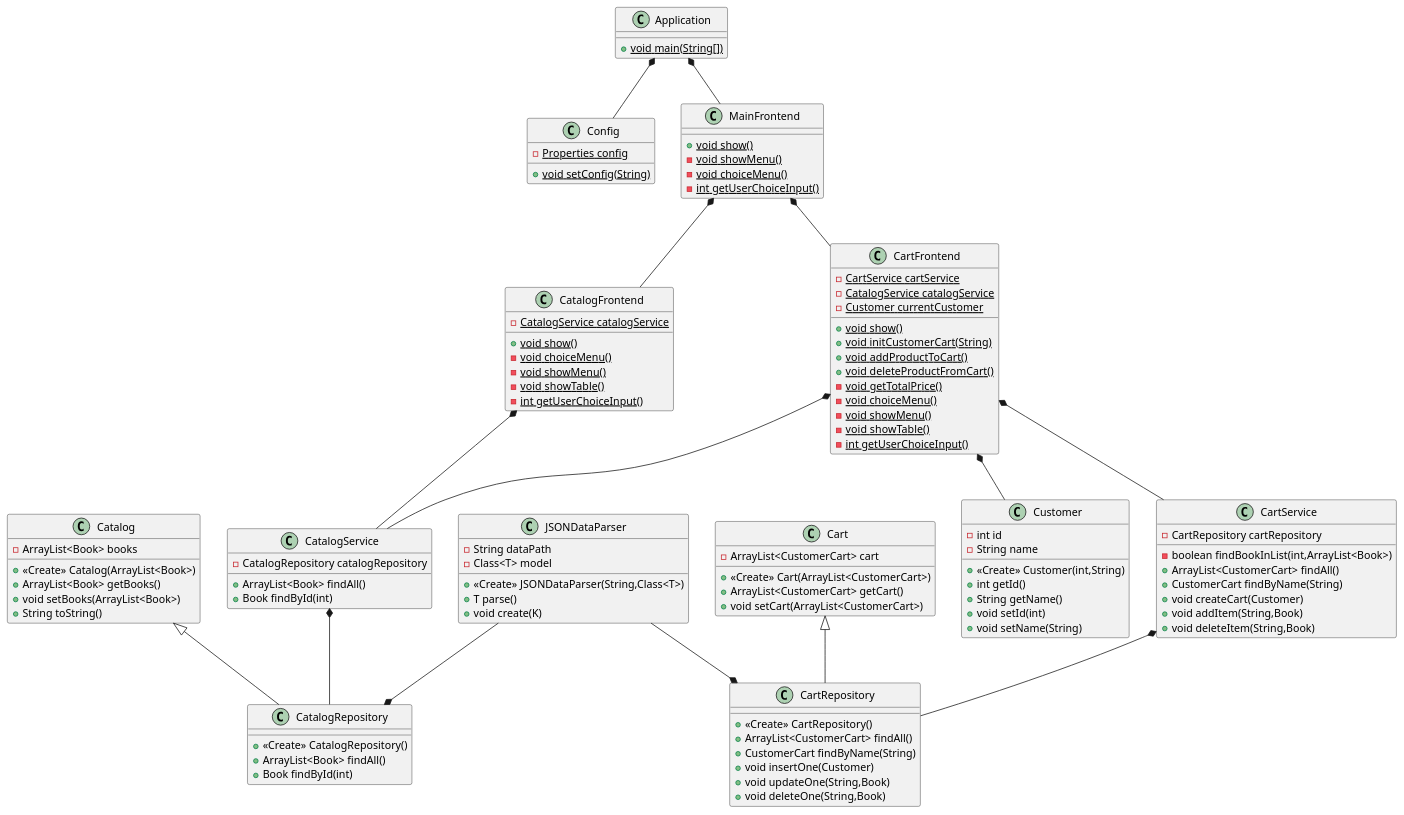
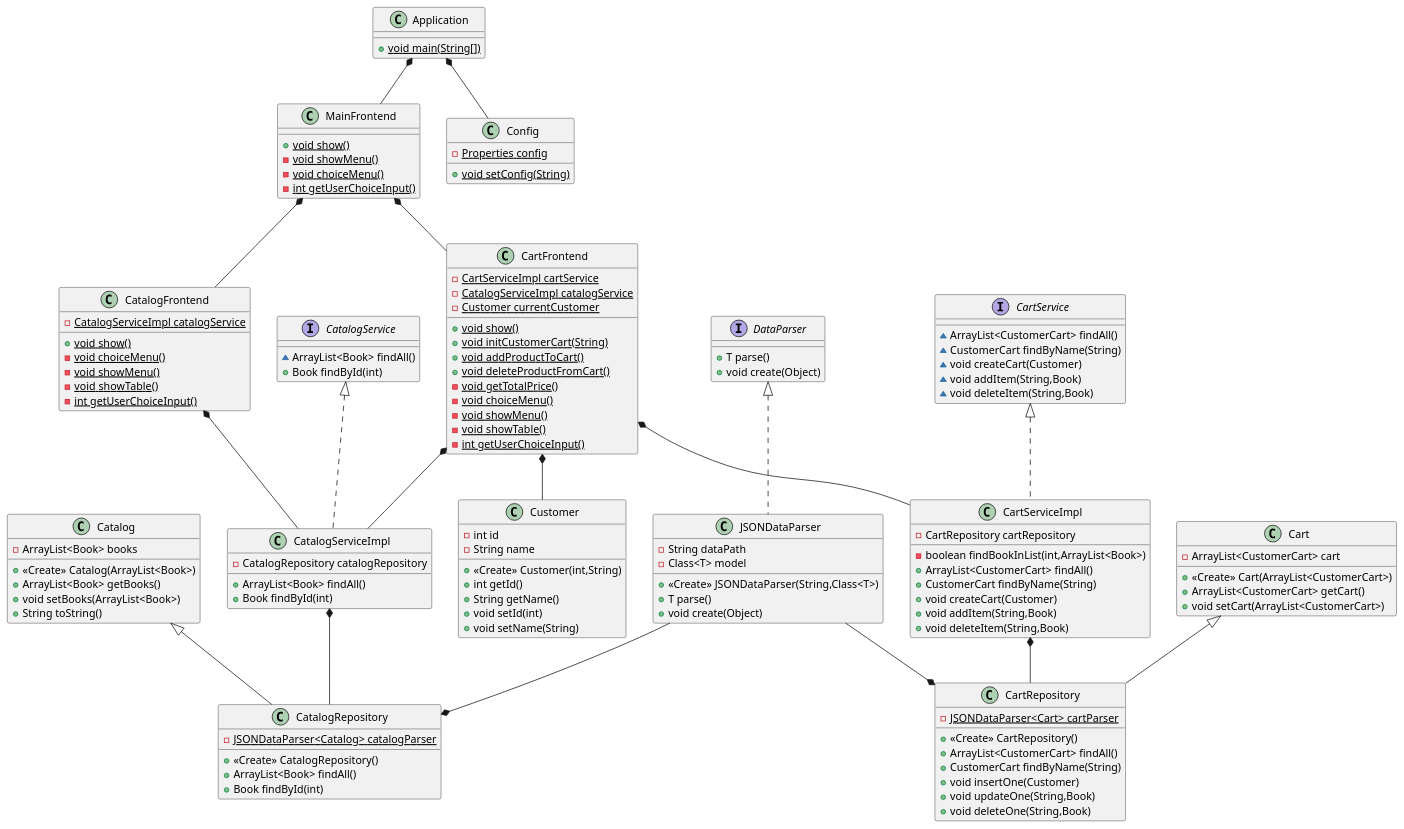
One commit to StudentRoman/java-course changed the diagram in week-9/diagram-app.puml. Above: the diagram before and after it, drawn with PlantUML. The commit also changed 12 other files, not shown here.

```diff
--- a/week-9/diagram-app.puml
+++ b/week-9/diagram-app.puml
@@ -1,114 +1,136 @@
 @startuml
 class Catalog {
 - ArrayList<Book> books
 + <<Create>> Catalog(ArrayList<Book>)
 + ArrayList<Book> getBooks()
 + void setBooks(ArrayList<Book>)
 + String toString()
 }
 class Cart {
 - ArrayList<CustomerCart> cart
 + <<Create>> Cart(ArrayList<CustomerCart>)
 + ArrayList<CustomerCart> getCart()
 + void setCart(ArrayList<CustomerCart>)
 }
 class Customer {
 - int id
 - String name
 + <<Create>> Customer(int,String)
 + int getId()
 + String getName()
 + void setId(int)
 + void setName(String)
 }
 class Config {
 - {static} Properties config
 + {static} void setConfig(String)
 }
-class JSONDataParser {
-- String dataPath
-- Class<T> model
-+ <<Create>> JSONDataParser(String,Class<T>)
-+ T parse()
-+ void create(K)
-}
-class CatalogRepository {
-+ <<Create>> CatalogRepository()
-+ ArrayList<Book> findAll()
-+ Book findById(int)
-}
-class CatalogService {
-- CatalogRepository catalogRepository
-+ ArrayList<Book> findAll()
-+ Book findById(int)
-}
-class CartRepository {
-+ <<Create>> CartRepository()
-+ ArrayList<CustomerCart> findAll()
-+ CustomerCart findByName(String)
-+ void insertOne(Customer)
-+ void updateOne(String,Book)
-+ void deleteOne(String,Book)
-}
-class CartService {
+
+class CartServiceImpl {
 - CartRepository cartRepository
 - boolean findBookInList(int,ArrayList<Book>)
 + ArrayList<CustomerCart> findAll()
 + CustomerCart findByName(String)
 + void createCart(Customer)
 + void addItem(String,Book)
 + void deleteItem(String,Book)
 }
+class CartRepository {
+- {static} JSONDataParser<Cart> cartParser
++ <<Create>> CartRepository()
++ ArrayList<CustomerCart> findAll()
++ CustomerCart findByName(String)
++ void insertOne(Customer)
++ void updateOne(String,Book)
++ void deleteOne(String,Book)
+}
+interface CatalogService {
+~ ArrayList<Book> findAll()
++ Book findById(int)
+}
+interface CartService {
+~ ArrayList<CustomerCart> findAll()
+~ CustomerCart findByName(String)
+~ void createCart(Customer)
+~ void addItem(String,Book)
+~ void deleteItem(String,Book)
+}
+class CatalogRepository {
+- {static} JSONDataParser<Catalog> catalogParser
++ <<Create>> CatalogRepository()
++ ArrayList<Book> findAll()
++ Book findById(int)
+}
+class CatalogServiceImpl {
+- CatalogRepository catalogRepository
++ ArrayList<Book> findAll()
++ Book findById(int)
+}
 class CatalogFrontend {
-- {static} CatalogService catalogService
+- {static} CatalogServiceImpl catalogService
 + {static} void show()
 - {static} void choiceMenu()
 - {static} void showMenu()
 - {static} void showTable()
 - {static} int getUserChoiceInput()
 }
 class CartFrontend {
-- {static} CartService cartService
-- {static} CatalogService catalogService
+- {static} CartServiceImpl cartService
+- {static} CatalogServiceImpl catalogService
 - {static} Customer currentCustomer
 + {static} void show()
 + {static} void initCustomerCart(String)
 + {static} void addProductToCart()
 + {static} void deleteProductFromCart()
 - {static} void getTotalPrice()
 - {static} void choiceMenu()
 - {static} void showMenu()
 - {static} void showTable()
 - {static} int getUserChoiceInput()
 }
 class MainFrontend {
 + {static} void show()
 - {static} void showMenu()
 - {static} void choiceMenu()
 - {static} int getUserChoiceInput()
 }
 class Application {
 + {static} void main(String[])
 }
+interface DataParser {
++ T parse()
++ void create(Object)
+}
+class JSONDataParser {
+- String dataPath
+- Class<T> model
++ <<Create>> JSONDataParser(String,Class<T>)
++ T parse()
++ void create(Object)
+}
 
-CartFrontend *-- CatalogService
-CartFrontend *-- CartService
+CartService <|.. CartServiceImpl
+DataParser <|.. JSONDataParser
+CatalogService <|.. CatalogServiceImpl
+
+CartFrontend *-- CatalogServiceImpl
+CartFrontend *-- CartServiceImpl
 CartFrontend *-- Customer
 
-CatalogFrontend *-- CatalogService
+CatalogFrontend *-- CatalogServiceImpl
 
 Cart <|-- CartRepository
 Catalog <|-- CatalogRepository
 
 JSONDataParser --* CatalogRepository
-CatalogService *-- CatalogRepository
+CatalogServiceImpl *-- CatalogRepository
 
 JSONDataParser --* CartRepository
-CartService *-- CartRepository
+CartServiceImpl *-- CartRepository
 
 Application *-- Config
 Application *-- MainFrontend
 
 MainFrontend *-- CartFrontend
 MainFrontend *-- CatalogFrontend
 @enduml
```
